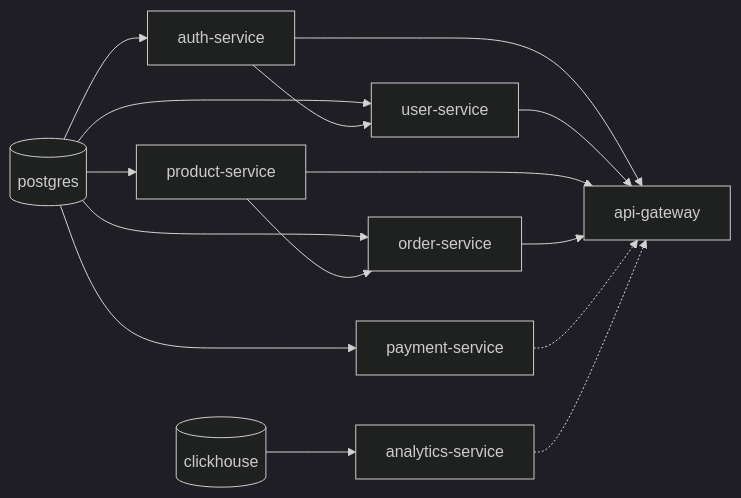
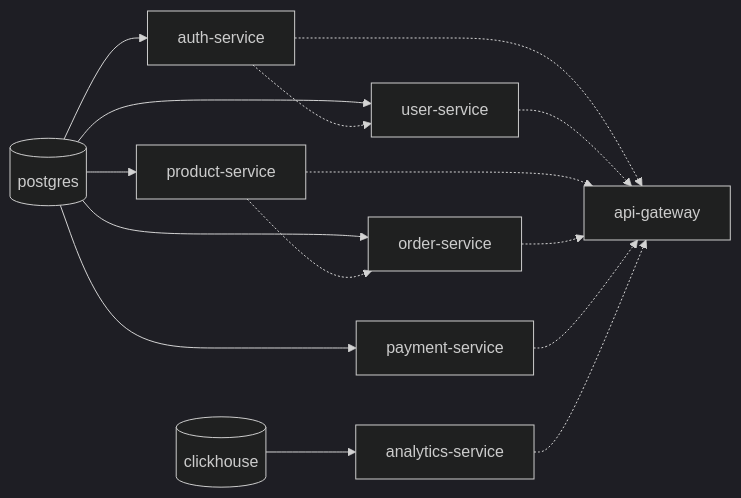
The second of 8 diagrams in docs/instruction/03_RUNBOOK.md (khoatran18/mini-marketplace), drawn with Mermaid (dark theme) before and after one commit. The commit also changed other lines of this file and 2 other files, not shown here.

````diff
--- a/docs/instruction/03_RUNBOOK.md
+++ b/docs/instruction/03_RUNBOOK.md
@@ -34,19 +34,19 @@
 ```mermaid
 flowchart LR
   PG[("postgres")]
   CH[("clickhouse")]
   PG --> AUTH["auth-service"]
   PG --> USER["user-service"]
   PG --> PROD["product-service"]
   PG --> ORD["order-service"]
   PG --> PAY["payment-service"]
   CH --> ANA["analytics-service"]
-  AUTH --> USER
-  PROD --> ORD
-  AUTH --> GW["api-gateway"]
-  USER --> GW
-  PROD --> GW
-  ORD --> GW
+  AUTH -.-> USER
+  PROD -.-> ORD
+  AUTH -.-> GW["api-gateway"]
+  USER -.-> GW
+  PROD -.-> GW
+  ORD -.-> GW
   PAY -.-> GW
   ANA -.-> GW
 ```
````
